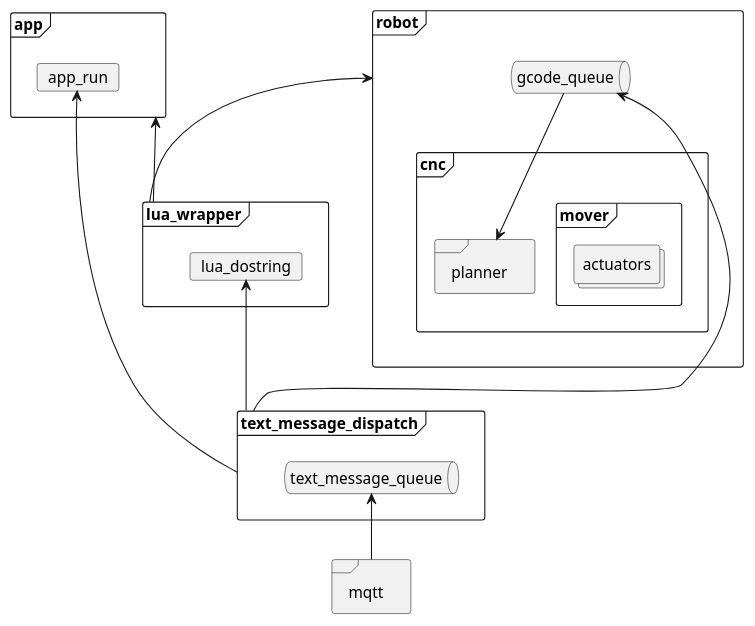
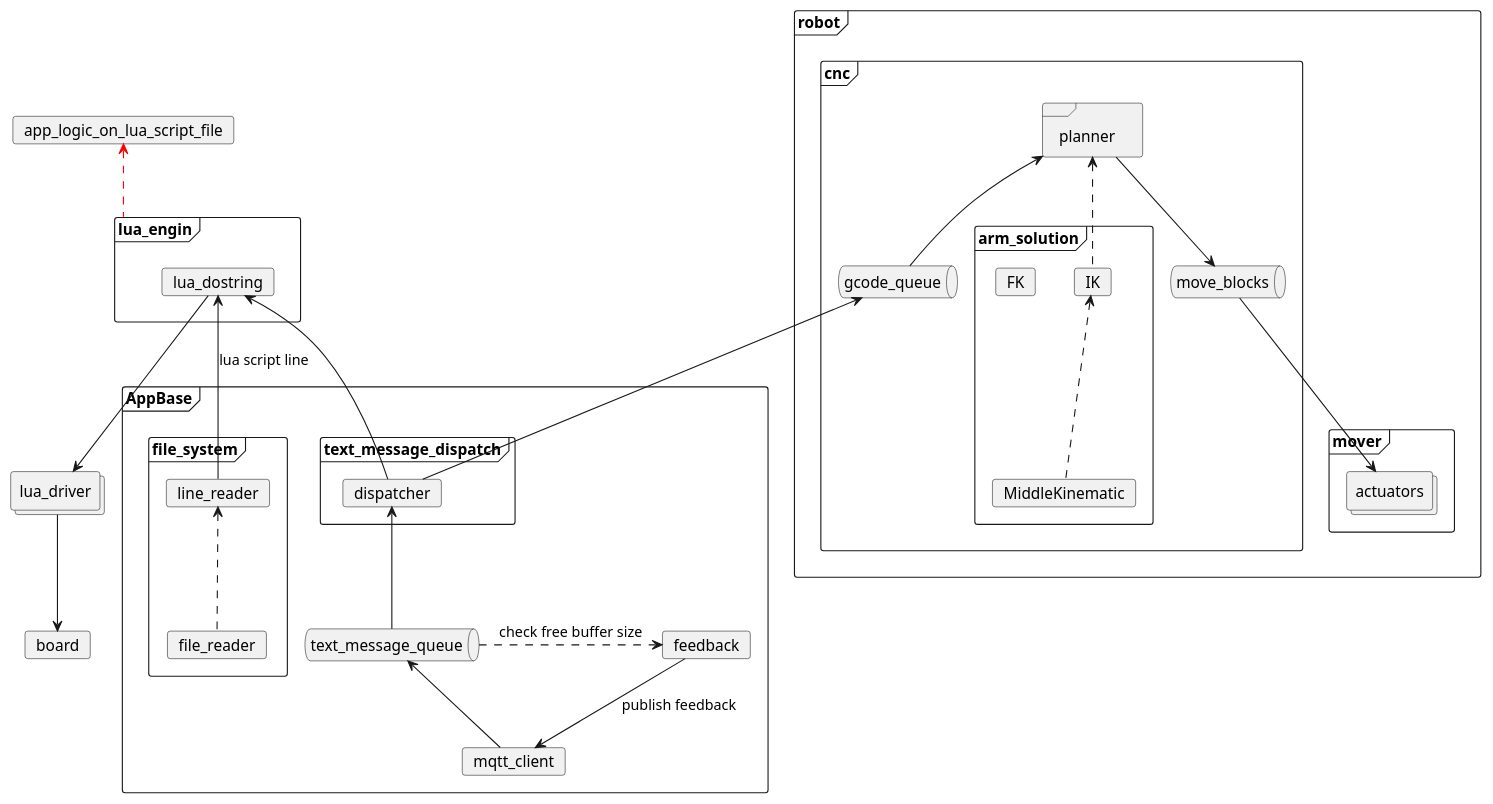
The diagram in esp32_arm/src/MyLibs/app_base/docs/deploy.puml (voicevon/gobot_front), drawn with PlantUML before and after one commit. The commit also changed 19 other files, not shown here.

```diff
--- a/esp32_arm/src/MyLibs/app_base/docs/deploy.puml
+++ b/esp32_arm/src/MyLibs/app_base/docs/deploy.puml
@@ -1,39 +1,67 @@
 @startuml
 
-frame app{
-    card app_run
+frame lua_engin{
+    card lua_dostring
+
+}
+    collections lua_driver
+    card board
+    lua_dostring --> lua_driver
+    lua_driver --> board
+
+
+frame robot{
+    frame cnc{
+        queue gcode_queue
+        frame arm_solution{
+            card IK
+            card FK
+            card MiddleKinematic
+            IK <-[dashed]- MiddleKinematic
+        }
+        frame planner{ 
+        }
+        queue move_blocks
+
+        planner <-- gcode_queue 
+        planner <-[dashed]- IK
+        planner --> move_blocks
+
+
+    }
+    frame mover{
+        collections actuators
+    }
+    move_blocks --> actuators
 }
 
-frame robot{
-    queue gcode_queue
-    frame cnc{
-        frame planner{
-        }
-        gcode_queue --> planner
-        
-        frame mover{
-            collections actuators
-        }
+
+frame AppBase{
+    frame text_message_dispatch{
+        card dispatcher
+    }
+    queue text_message_queue
+    card feedback
+    card mqtt_client
+
+    text_message_queue <-- mqtt_client
+    feedback --> mqtt_client:  publish feedback
+    text_message_queue -[dashed]>feedback: check free buffer size
+
+    frame file_system{
+        card line_reader
+        card file_reader
+        line_reader <-[dashed]- file_reader
     }
 }
 
-frame text_message_dispatch{
-queue text_message_queue
+dispatcher <-- text_message_queue
+gcode_queue <-- dispatcher 
+lua_dostring <-- dispatcher 
 
-}
+card app_logic_on_lua_script_file
+lua_dostring  <-- line_reader: lua script line
+app_logic_on_lua_script_file <-[#red,dashed]- lua_engin
 
-frame lua_wrapper{
-card lua_dostring
-}
-app <-- lua_wrapper
-robot <-- lua_wrapper
-app_run <--- text_message_dispatch 
-
-gcode_queue <--- text_message_dispatch
-lua_dostring <-- text_message_dispatch
-
-frame mqtt{
-}
-text_message_queue <-- mqtt
 
 @enduml
```
